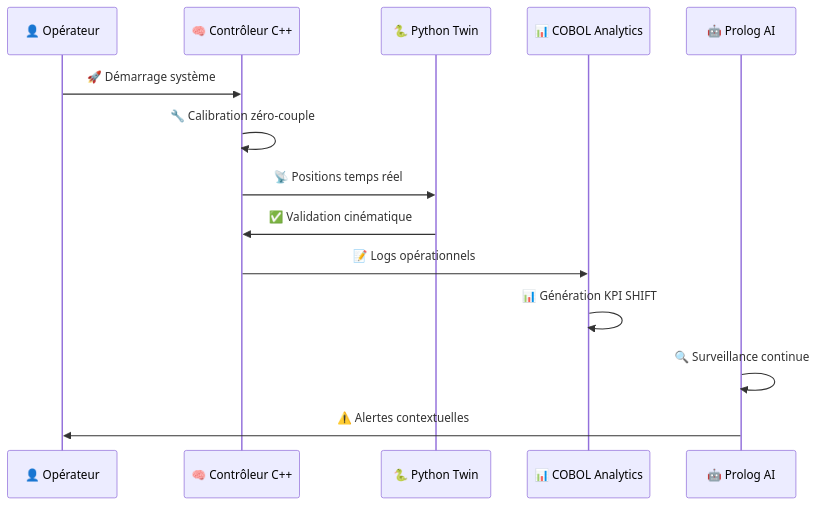
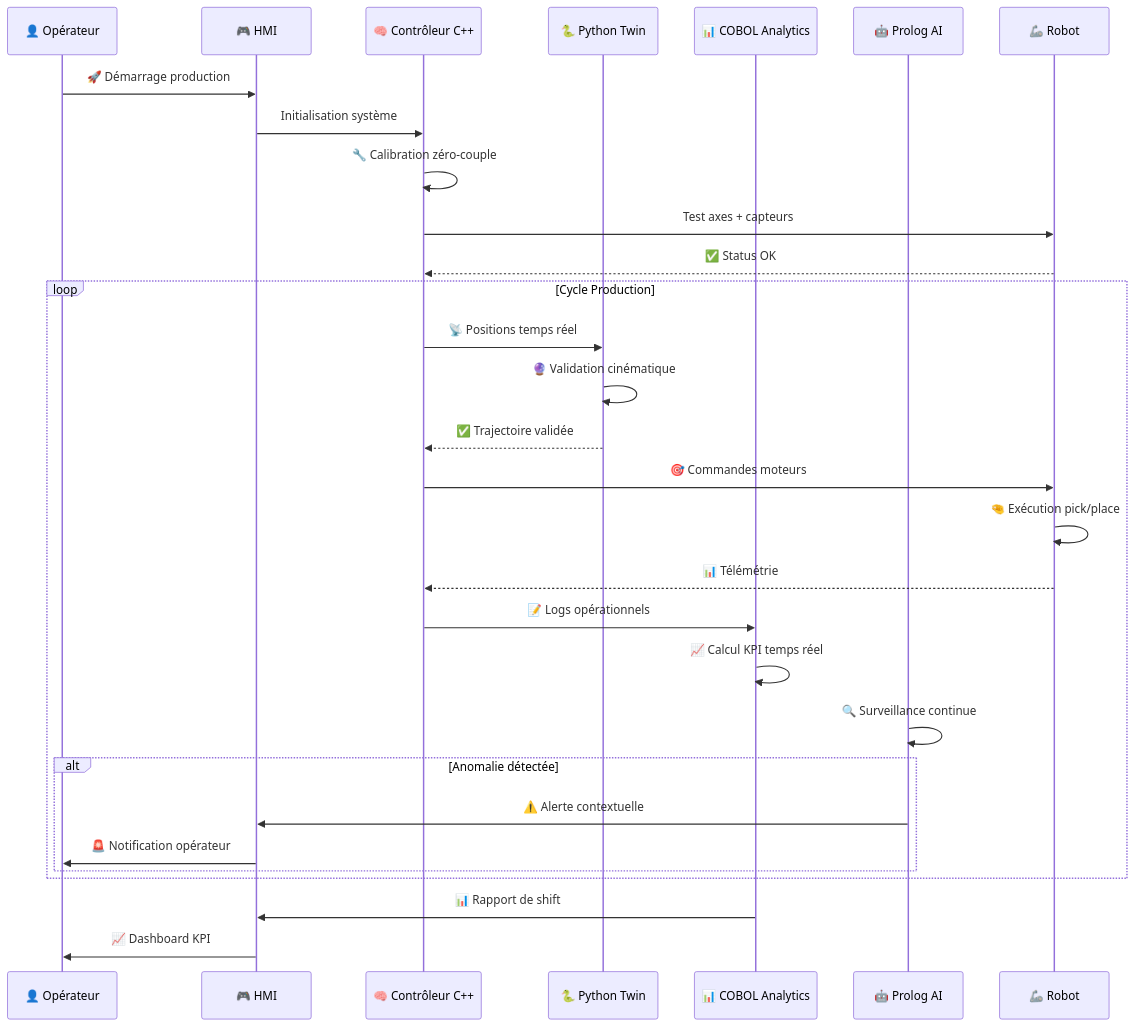
Before and after one commit to JonathanK-N/mechatronic-robot-arm-control: the second of 2 diagrams in README.md, drawn with Mermaid. The commit also changed other lines of this file and 14 other files, not shown here.

````diff
--- a/README.md
+++ b/README.md
@@ -121,17 +483,35 @@
 ```mermaid
 sequenceDiagram
-    participant U as 👤 Opérateur
+    participant O as 👤 Opérateur
+    participant H as 🎮 HMI
     participant C as 🧠 Contrôleur C++
     participant P as 🐍 Python Twin
     participant B as 📊 COBOL Analytics
     participant L as 🤖 Prolog AI
+    participant R as 🦾 Robot
     
-    U->>C: 🚀 Démarrage système
+    O->>H: 🚀 Démarrage production
+    H->>C: Initialisation système
     C->>C: 🔧 Calibration zéro-couple
-    C->>P: 📡 Positions temps réel
-    P->>C: ✅ Validation cinématique
-    C->>B: 📝 Logs opérationnels
-    B->>B: 📊 Génération KPI SHIFT
-    L->>L: 🔍 Surveillance continue
-    L->>U: ⚠️ Alertes contextuelles
+    C->>R: Test axes + capteurs
+    R-->>C: ✅ Status OK
+    
+    loop Cycle Production
+        C->>P: 📡 Positions temps réel
+        P->>P: 🔮 Validation cinématique
+        P-->>C: ✅ Trajectoire validée
+        C->>R: 🎯 Commandes moteurs
+        R->>R: 🤏 Exécution pick/place
+        R-->>C: 📊 Télémétrie
+        C->>B: 📝 Logs opérationnels
+        B->>B: 📈 Calcul KPI temps réel
+        L->>L: 🔍 Surveillance continue
+        alt Anomalie détectée
+            L->>H: ⚠️ Alerte contextuelle
+            H->>O: 🚨 Notification opérateur
+        end
+    end
+    
+    B->>H: 📊 Rapport de shift
+    H->>O: 📈 Dashboard KPI
 ```
````
